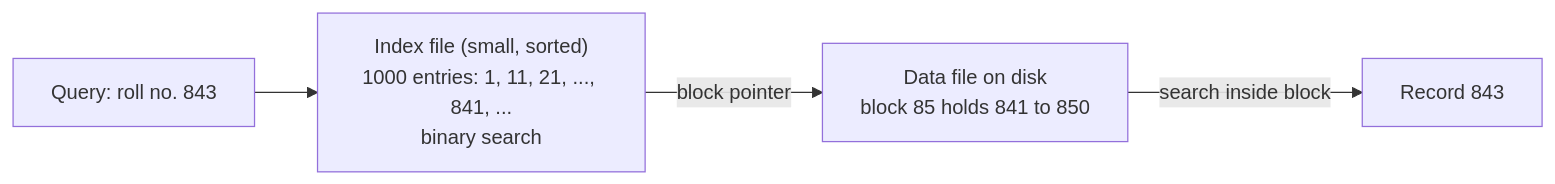
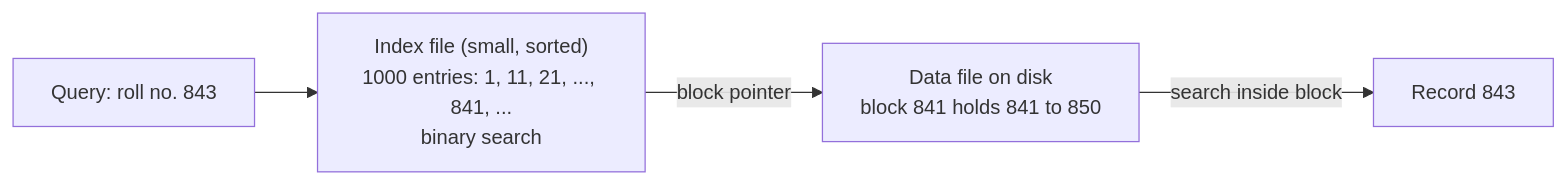
One commit to aaryan-pradhan/core-cs-fundamentals changed the first of 7 diagrams in dbms/14-indexing.md. Above: the diagram before and after it, drawn with Mermaid.

Commit message:
Match block name to text in lecture 14 diagram

````diff
--- a/dbms/14-indexing.md
+++ b/dbms/14-indexing.md
@@ -21,6 +21,6 @@
 ```mermaid
 flowchart LR
   Q["Query: roll no. 843"] --> I["Index file (small, sorted)<br/>1000 entries: 1, 11, 21, ..., 841, ...<br/>binary search"]
-  I -- "block pointer" --> B["Data file on disk<br/>block 85 holds 841 to 850"]
+  I -- "block pointer" --> B["Data file on disk<br/>block 841 holds 841 to 850"]
   B -- "search inside block" --> R["Record 843"]
 ```
````
